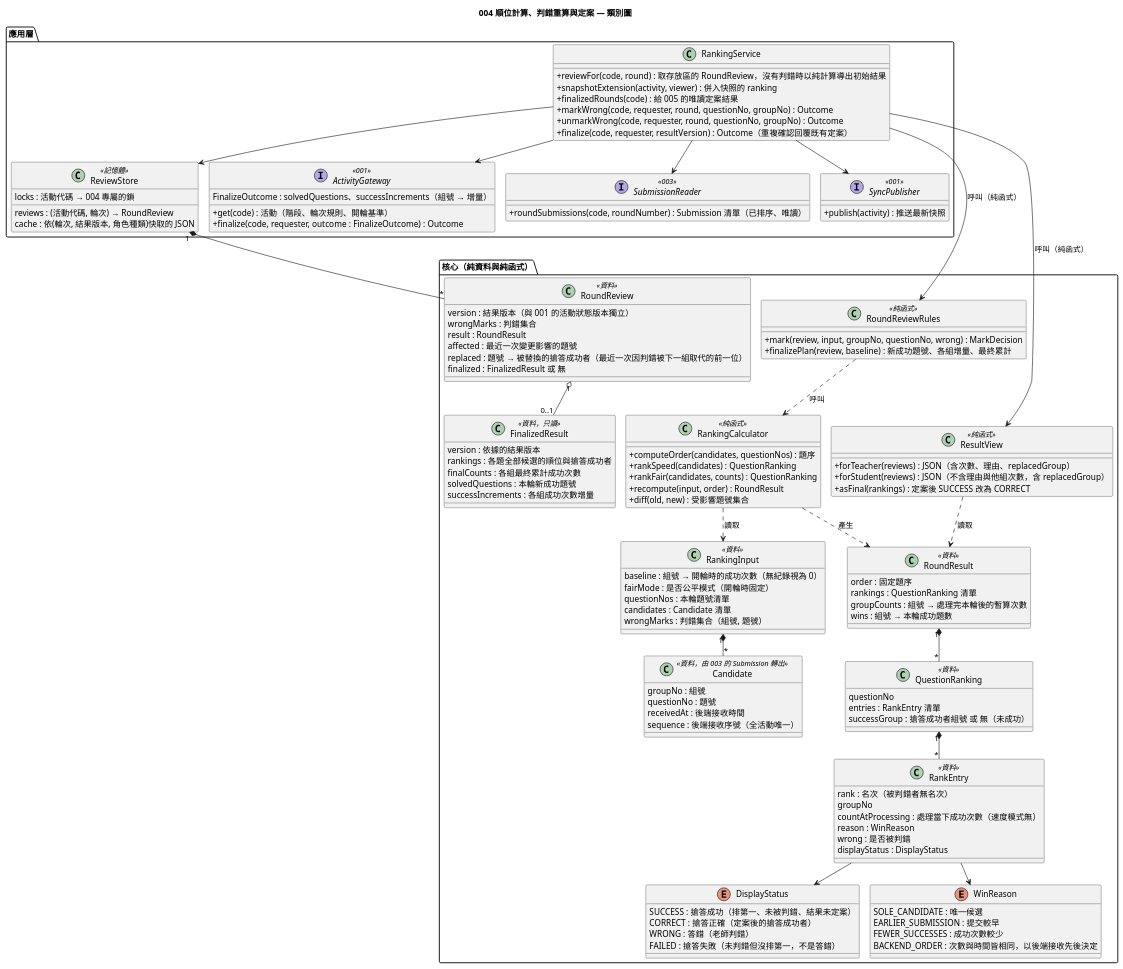
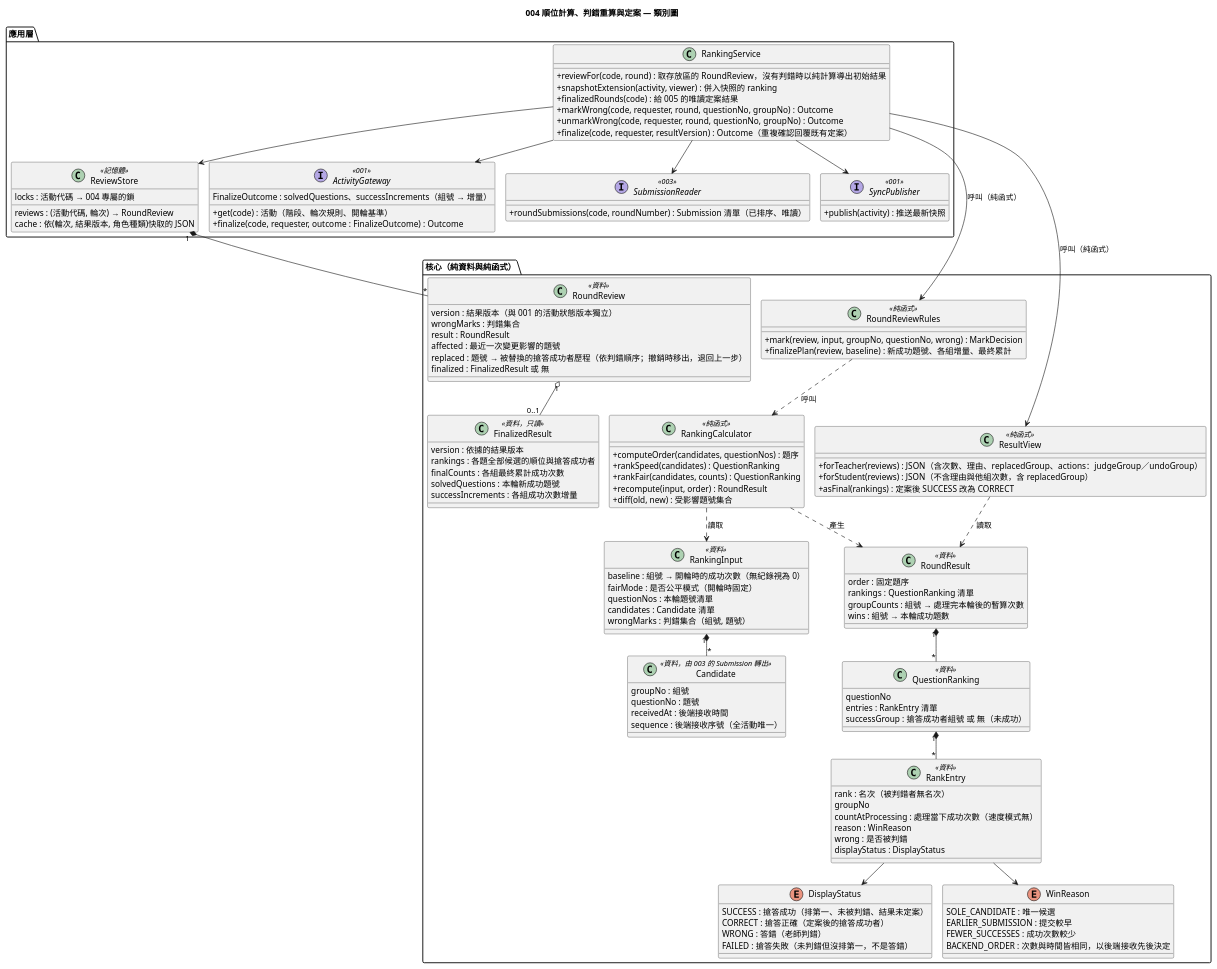
One commit to EricC430/lecture-answer-first_group16_speckit changed the diagram in diagrams/004-ranking-review-class.puml. Above: the diagram before and after it, drawn with PlantUML. The commit also changed 9 other files, not shown here.

```diff
--- a/diagrams/004-ranking-review-class.puml
+++ b/diagrams/004-ranking-review-class.puml
@@ -1,144 +1,144 @@
 @startuml 004-ranking-review-class
 !pragma layout smetana
 skinparam defaultFontName "Microsoft JhengHei"
 skinparam classAttributeIconSize 0
 title 004 順位計算、判錯重算與定案 — 類別圖
 
 package "核心（純資料與純函式）" {
   class RankingInput <<資料>> {
     baseline : 組號 → 開輪時的成功次數（無紀錄視為 0）
     fairMode : 是否公平模式（開輪時固定）
     questionNos : 本輪題號清單
     candidates : Candidate 清單
     wrongMarks : 判錯集合（組號, 題號）
   }
 
   class Candidate <<資料，由 003 的 Submission 轉出>> {
     groupNo : 組號
     questionNo : 題號
     receivedAt : 後端接收時間
     sequence : 後端接收序號（全活動唯一）
   }
 
   class RankingCalculator <<純函式>> {
     +computeOrder(candidates, questionNos) : 題序
     +rankSpeed(candidates) : QuestionRanking
     +rankFair(candidates, counts) : QuestionRanking
     +recompute(input, order) : RoundResult
     +diff(old, new) : 受影響題號集合
   }
 
   class RoundReviewRules <<純函式>> {
     +mark(review, input, groupNo, questionNo, wrong) : MarkDecision
     +finalizePlan(review, baseline) : 新成功題號、各組增量、最終累計
   }
 
   class RoundResult <<資料>> {
     order : 固定題序
     rankings : QuestionRanking 清單
     groupCounts : 組號 → 處理完本輪後的暫算次數
     wins : 組號 → 本輪成功題數
   }
 
   class QuestionRanking <<資料>> {
     questionNo
     entries : RankEntry 清單
     successGroup : 搶答成功者組號 或 無（未成功）
   }
 
   class RankEntry <<資料>> {
     rank : 名次（被判錯者無名次）
     groupNo
     countAtProcessing : 處理當下成功次數（速度模式無）
     reason : WinReason
     wrong : 是否被判錯
     displayStatus : DisplayStatus
   }
 
   class ResultView <<純函式>> {
-    +forTeacher(reviews) : JSON（含次數、理由、replacedGroup）
+    +forTeacher(reviews) : JSON（含次數、理由、replacedGroup、actions：judgeGroup／undoGroup）
     +forStudent(reviews) : JSON（不含理由與他組次數，含 replacedGroup）
     +asFinal(rankings) : 定案後 SUCCESS 改為 CORRECT
   }
 
   class RoundReview <<資料>> {
     version : 結果版本（與 001 的活動狀態版本獨立）
     wrongMarks : 判錯集合
     result : RoundResult
     affected : 最近一次變更影響的題號
-    replaced : 題號 → 被替換的搶答成功者（最近一次因判錯被下一組取代的前一位）
+    replaced : 題號 → 被替換的搶答成功者歷程（依判錯順序；撤銷時移出，退回上一步）
     finalized : FinalizedResult 或 無
   }
 
   class FinalizedResult <<資料，只讀>> {
     version : 依據的結果版本
     rankings : 各題全部候選的順位與搶答成功者
     finalCounts : 各組最終累計成功次數
     solvedQuestions : 本輪新成功題號
     successIncrements : 各組成功次數增量
   }
 
   enum DisplayStatus {
     SUCCESS : 搶答成功（排第一、未被判錯、結果未定案）
     CORRECT : 搶答正確（定案後的搶答成功者）
     WRONG : 答錯（老師判錯）
     FAILED : 搶答失敗（未判錯但沒排第一，不是答錯）
   }
 
   enum WinReason {
     SOLE_CANDIDATE : 唯一候選
     EARLIER_SUBMISSION : 提交較早
     FEWER_SUCCESSES : 成功次數較少
     BACKEND_ORDER : 次數與時間皆相同，以後端接收先後決定
   }
 }
 
 package "應用層" {
   class RankingService {
     +reviewFor(code, round) : 取存放區的 RoundReview，沒有判錯時以純計算導出初始結果
     +snapshotExtension(activity, viewer) : 併入快照的 ranking
     +finalizedRounds(code) : 給 005 的唯讀定案結果
     +markWrong(code, requester, round, questionNo, groupNo) : Outcome
     +unmarkWrong(code, requester, round, questionNo, groupNo) : Outcome
     +finalize(code, requester, resultVersion) : Outcome（重複確認回覆既有定案）
   }
 
   class ReviewStore <<記憶體>> {
     reviews : (活動代碼, 輪次) → RoundReview
     locks : 活動代碼 → 004 專屬的鎖
     cache : 依(輪次, 結果版本, 角色種類)快取的 JSON
   }
 
   interface ActivityGateway <<001>> {
     +get(code) : 活動（階段、輪次規則、開輪基準）
     +finalize(code, requester, outcome : FinalizeOutcome) : Outcome
     FinalizeOutcome : solvedQuestions、successIncrements（組號 → 增量）
   }
 
   interface SubmissionReader <<003>> {
     +roundSubmissions(code, roundNumber) : Submission 清單（已排序、唯讀）
   }
 
   interface SyncPublisher <<001>> {
     +publish(activity) : 推送最新快照
   }
 }
 
 RankingCalculator ..> RankingInput : 讀取
 RankingCalculator ..> RoundResult : 產生
 RoundReviewRules ..> RankingCalculator : 呼叫
 RankingInput "1" *-- "*" Candidate
 RoundResult "1" *-- "*" QuestionRanking
 QuestionRanking "1" *-- "*" RankEntry
 RankEntry --> WinReason
 RankEntry --> DisplayStatus
 ResultView ..> RoundResult : 讀取
 RankingService --> RoundReviewRules : 呼叫（純函式）
 RankingService --> ResultView : 呼叫（純函式）
 RankingService --> ReviewStore
 ReviewStore "1" *-- "*" RoundReview
 RoundReview "1" o-- "0..1" FinalizedResult
 RankingService --> ActivityGateway
 RankingService --> SubmissionReader
 RankingService --> SyncPublisher
 @enduml
```
